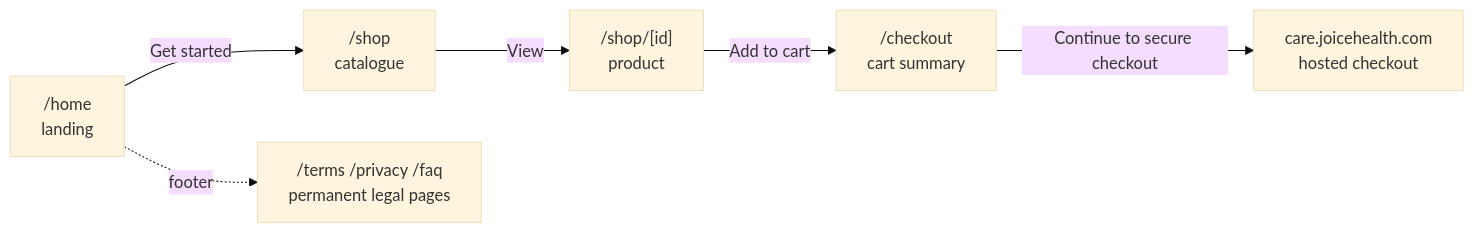
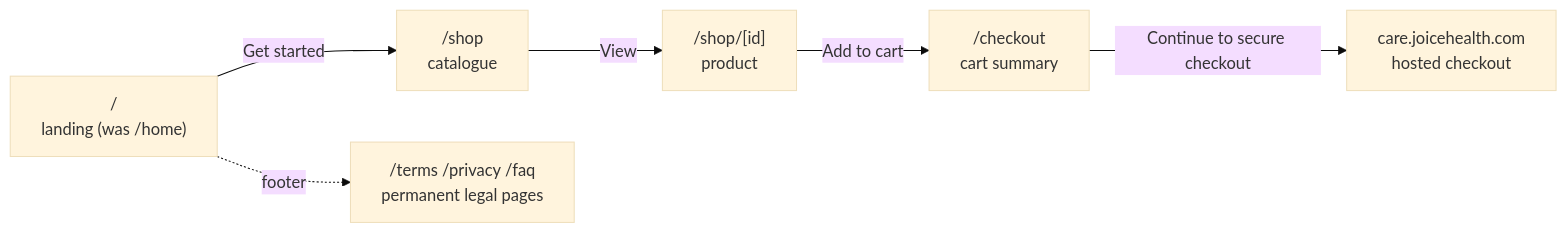
The diagram in docs/shop/00-plan.md (Joice-Health/Joice), drawn with Mermaid (base theme) before and after one commit. The commit also changed other lines of this file and 10 other files, not shown here.

````diff
--- a/docs/shop/00-plan.md
+++ b/docs/shop/00-plan.md
@@ -36,8 +36,8 @@
 ```mermaid
 flowchart LR
-    H["/home\nlanding"] -->|Get started| C["/shop\ncatalogue"]
+    H["/\nlanding (was /home)"] -->|Get started| C["/shop\ncatalogue"]
     C -->|View| P["/shop/[id]\nproduct"]
     P -->|Add to cart| K["/checkout\ncart summary"]
     K -->|Continue to secure checkout| CP["care.joicehealth.com\nhosted checkout"]
     H -.footer.-> L["/terms /privacy /faq\npermanent legal pages"]
 ```
````
